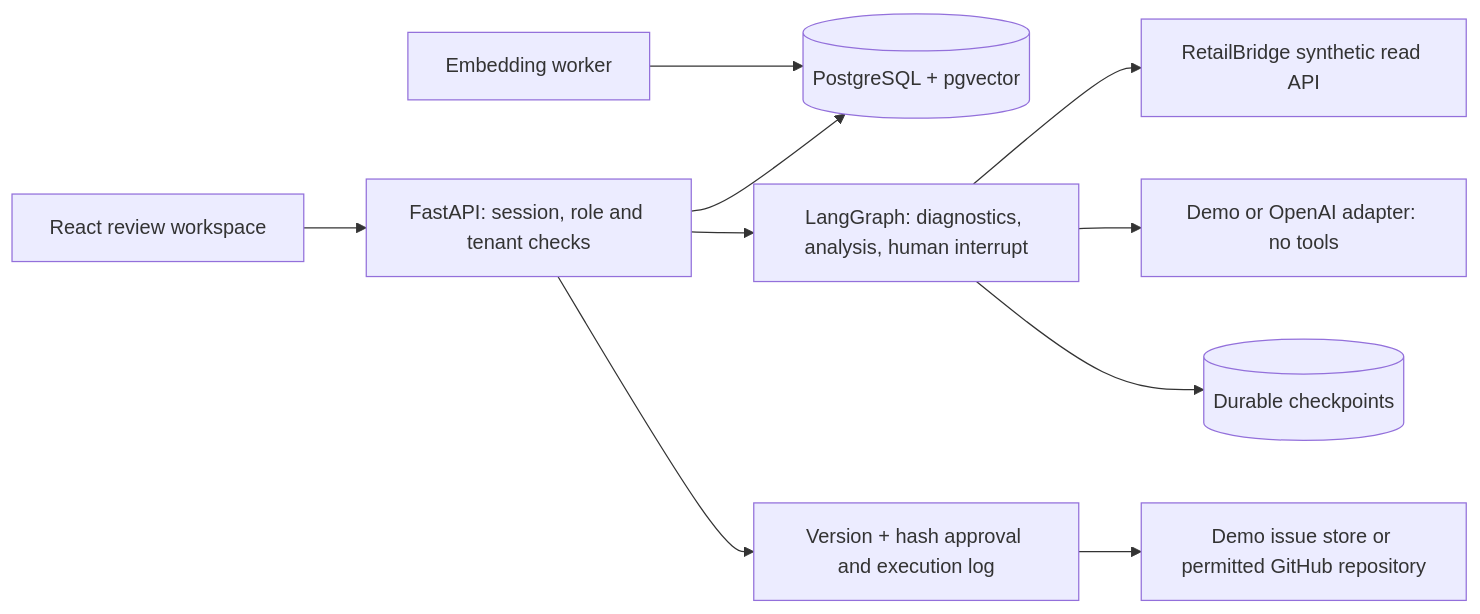
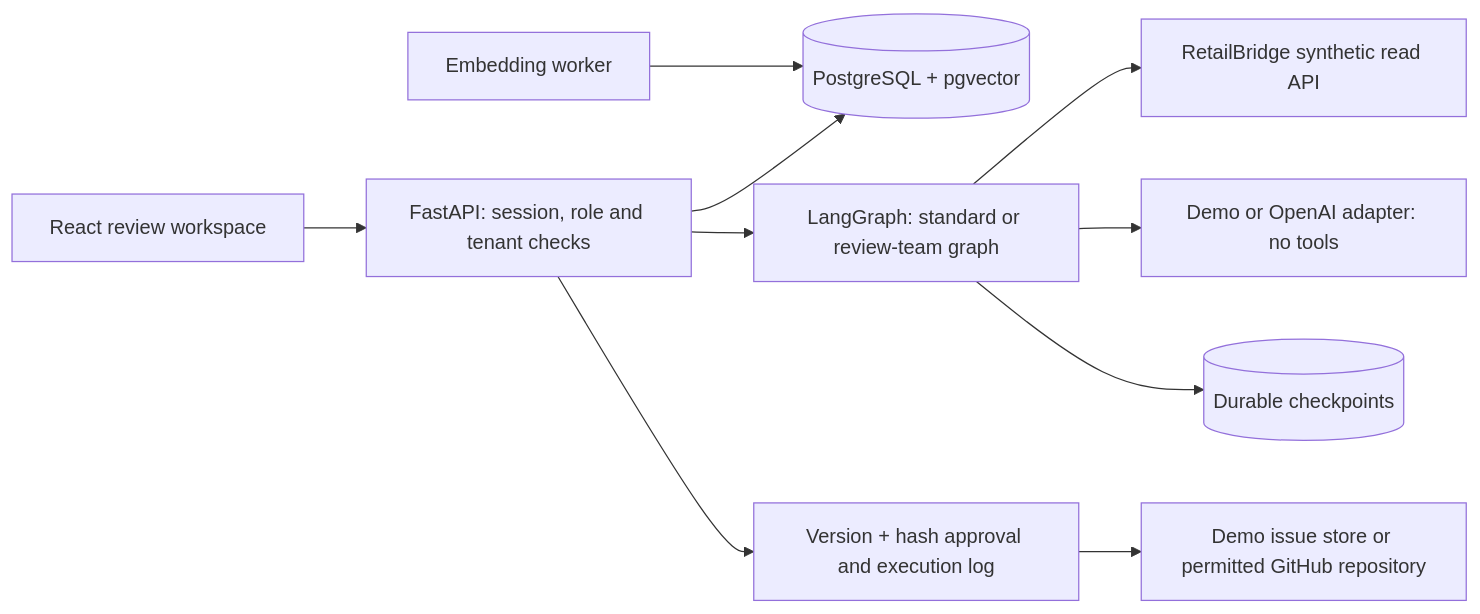
Before and after one commit to RamilShokhiev/SupportOps: the diagram in README.md, drawn with Mermaid. The commit also changed other lines of this file and 1 other file, not shown here.

First line of the commit message:
Document Review Team usage and limits in README.

````diff
--- a/README.md
+++ b/README.md
@@ -39,12 +39,12 @@
 ```mermaid
 flowchart LR
     UI[React review workspace] --> API[FastAPI: session, role and tenant checks]
     API --> DB[(PostgreSQL + pgvector)]
-    API --> Graph[LangGraph: diagnostics, analysis, human interrupt]
+    API --> Graph[LangGraph: standard or review-team graph]
     Graph --> RB[RetailBridge synthetic read API]
     Graph --> Intelligence[Demo or OpenAI adapter: no tools]
     Graph --> Checkpoints[(Durable checkpoints)]
     Worker[Embedding worker] --> DB
     API --> Approval[Version + hash approval and execution log]
     Approval --> Issues[Demo issue store or permitted GitHub repository]
 ```
````
